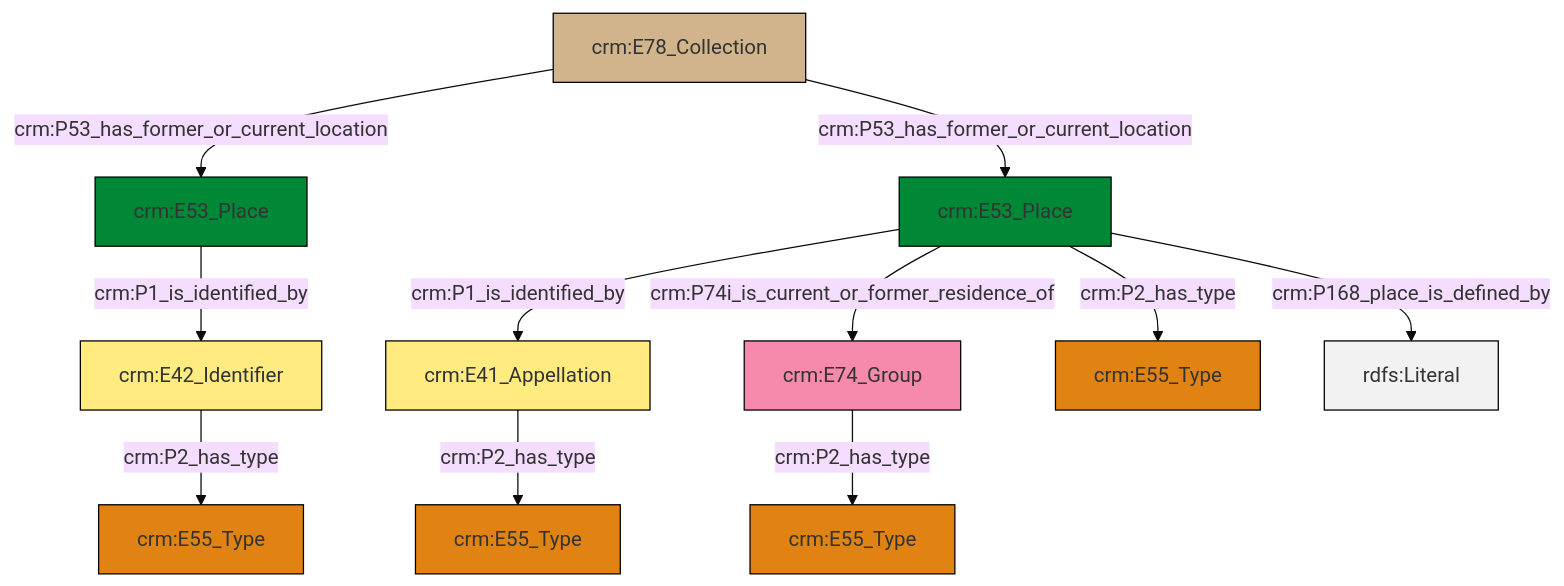
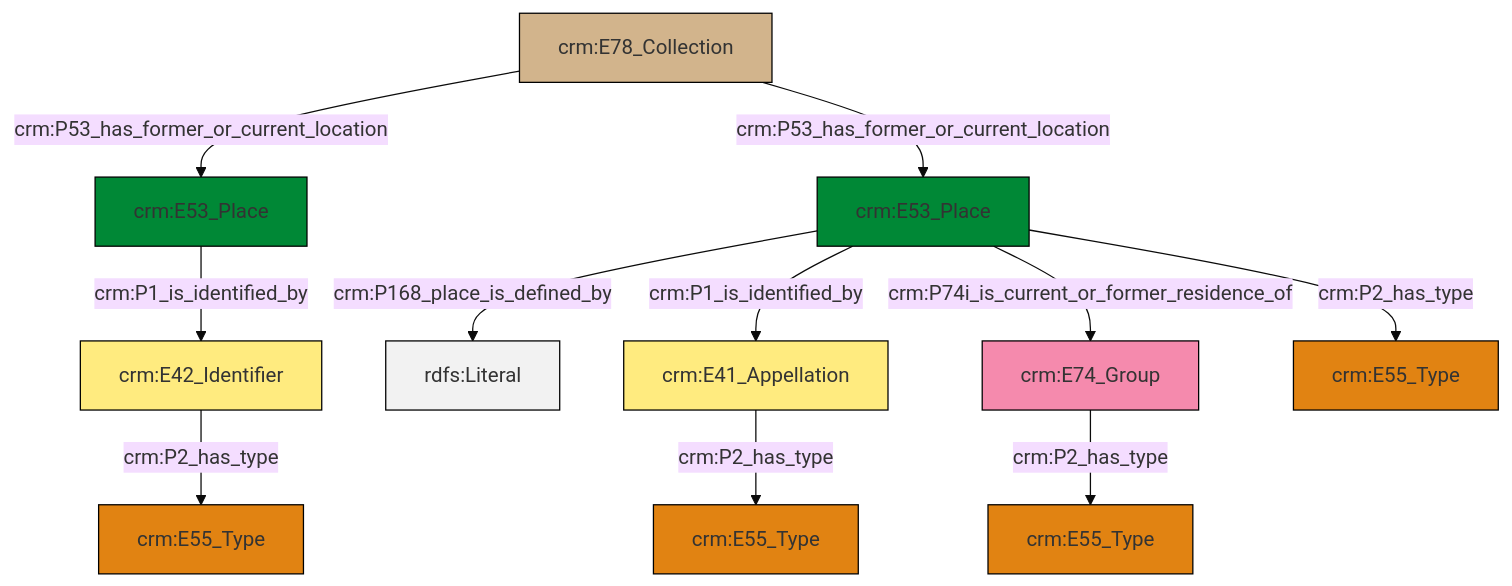
Before and after one commit to swiss-art-research-net/docs.swissartresearch: the diagram in et/archivalCSV/ttl/mmd/archival_location.ttl.mmd, drawn with Mermaid (base theme). The commit also changed 176 other files, not shown here.

```diff
--- a/et/archivalCSV/ttl/mmd/archival_location.ttl.mmd
+++ b/et/archivalCSV/ttl/mmd/archival_location.ttl.mmd
@@ -1,25 +1,25 @@
 graph TD
 classDef Literal fill:#f2f2f2,stroke:#000000;
 classDef CRM_Entity fill:#FFFFFF,stroke:#000000;
 classDef Temporal_Entity fill:#00C9E6, stroke:#000000;
 classDef Type fill:#E18312, stroke:#000000;
 classDef Time-Span fill:#2C9C91, stroke:#000000;
 classDef Appellation fill:#FFEB7F, stroke:#000000;
 classDef Place fill:#008836, stroke:#000000;
 classDef Persistent_Item fill:#B266B2, stroke:#000000;
 classDef Conceptual_Object fill:#FFD700, stroke:#000000;
 classDef Physical_Thing fill:#D2B48C, stroke:#000000;
 classDef Actor fill:#f58aad, stroke:#000000;
 classDef PC_Classes fill:#4ce600, stroke:#000000;
 classDef Multi fill:#cccccc,stroke:#000000;
 
-2["crm:E74_Group"]:::Actor -->|crm:P2_has_type| 3["crm:E55_Type"]:::Type
-4["crm:E41_Appellation"]:::Appellation -->|crm:P2_has_type| 5["crm:E55_Type"]:::Type
-6["crm:E53_Place"]:::Place -->|crm:P1_is_identified_by| 4["crm:E41_Appellation"]:::Appellation
-6["crm:E53_Place"]:::Place -->|crm:P74i_is_current_or_former_residence_of| 2["crm:E74_Group"]:::Actor
+4["crm:E53_Place"]:::Place -->|crm:P168_place_is_defined_by| 5[rdfs:Literal]:::Literal
+4["crm:E53_Place"]:::Place -->|crm:P1_is_identified_by| 6["crm:E41_Appellation"]:::Appellation
+2["crm:E53_Place"]:::Place -->|crm:P1_is_identified_by| 7["crm:E42_Identifier"]:::Appellation
+9["crm:E74_Group"]:::Actor -->|crm:P2_has_type| 10["crm:E55_Type"]:::Type
+6["crm:E41_Appellation"]:::Appellation -->|crm:P2_has_type| 11["crm:E55_Type"]:::Type
+4["crm:E53_Place"]:::Place -->|crm:P74i_is_current_or_former_residence_of| 9["crm:E74_Group"]:::Actor
+4["crm:E53_Place"]:::Place -->|crm:P2_has_type| 15["crm:E55_Type"]:::Type
+17["crm:E78_Collection"]:::Physical_Thing -->|crm:P53_has_former_or_current_location| 2["crm:E53_Place"]:::Place
+17["crm:E78_Collection"]:::Physical_Thing -->|crm:P53_has_former_or_current_location| 4["crm:E53_Place"]:::Place
 7["crm:E42_Identifier"]:::Appellation -->|crm:P2_has_type| 0["crm:E55_Type"]:::Type
-6["crm:E53_Place"]:::Place -->|crm:P168_place_is_defined_by| 12[rdfs:Literal]:::Literal
-15["crm:E53_Place"]:::Place -->|crm:P1_is_identified_by| 7["crm:E42_Identifier"]:::Appellation
-22["crm:E78_Collection"]:::Physical_Thing -->|crm:P53_has_former_or_current_location| 15["crm:E53_Place"]:::Place
-6["crm:E53_Place"]:::Place -->|crm:P2_has_type| 9["crm:E55_Type"]:::Type
-22["crm:E78_Collection"]:::Physical_Thing -->|crm:P53_has_former_or_current_location| 6["crm:E53_Place"]:::Place
```
